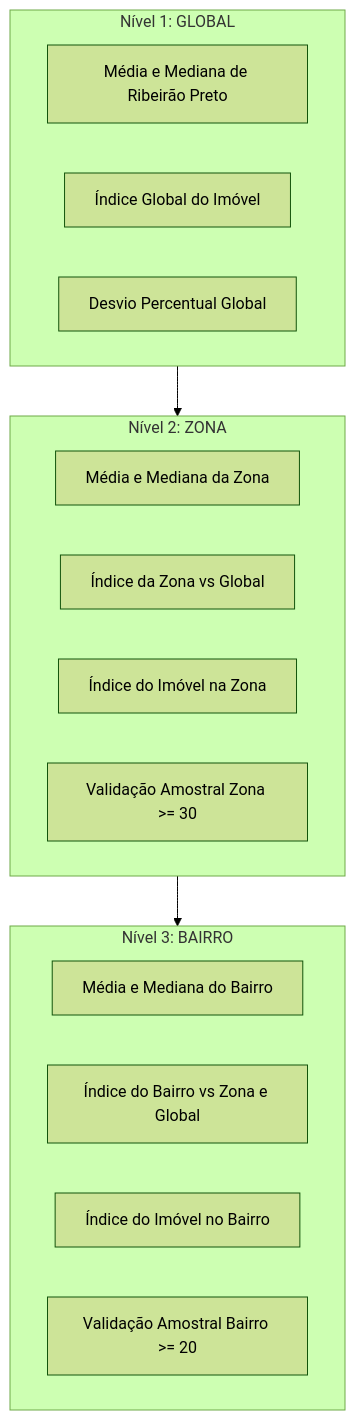
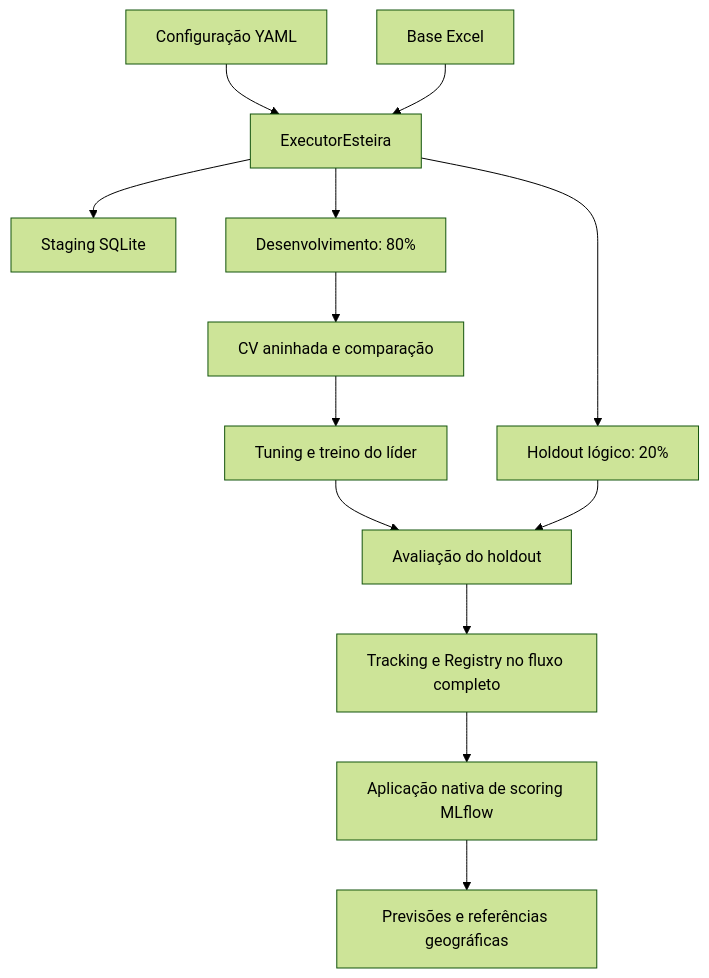
Before and after one commit to rodrigorocha1234/machine-learning-previsao_preco_ap_v3: the first of 2 diagrams in production_artifacts/Architecture.md, drawn with Mermaid (forest theme). The commit also changed other lines of this file and 27 other files, not shown here.

````diff
--- a/production_artifacts/Architecture.md
+++ b/production_artifacts/Architecture.md
@@ -162,25 +24,15 @@
 ```mermaid
-graph TD
-    subgraph Nivel_1_Global [Nível 1: GLOBAL]
-        G1[Média e Mediana de Ribeirão Preto]
-        G2[Índice Global do Imóvel]
-        G3[Desvio Percentual Global]
-    end
-
-    subgraph Nivel_2_Zona [Nível 2: ZONA]
-        Z1[Média e Mediana da Zona]
-        Z2[Índice da Zona vs Global]
-        Z3[Índice do Imóvel na Zona]
-        Z4[Validação Amostral Zona >= 30]
-    end
-
-    subgraph Nivel_3_Bairro [Nível 3: BAIRRO]
-        B1[Média e Mediana do Bairro]
-        B2[Índice do Bairro vs Zona e Global]
-        B3[Índice do Imóvel no Bairro]
-        B4[Validação Amostral Bairro >= 20]
-    end
-
-    Nivel_1_Global --> Nivel_2_Zona
-    Nivel_2_Zona --> Nivel_3_Bairro
+flowchart TD
+    YAML[Configuração YAML] --> Pipeline[ExecutorEsteira]
+    Excel[Base Excel] --> Pipeline
+    Pipeline --> Staging[Staging SQLite]
+    Pipeline --> Dev[Desenvolvimento: 80%]
+    Pipeline --> Holdout[Holdout lógico: 20%]
+    Dev --> CV[CV aninhada e comparação]
+    CV --> Final[Tuning e treino do líder]
+    Final --> Avaliacao[Avaliação do holdout]
+    Holdout --> Avaliacao
+    Avaliacao --> MLflow[Tracking e Registry no fluxo completo]
+    MLflow --> Serving[Aplicação nativa de scoring MLflow]
+    Serving --> API[Previsões e referências geográficas]
 ```
````
